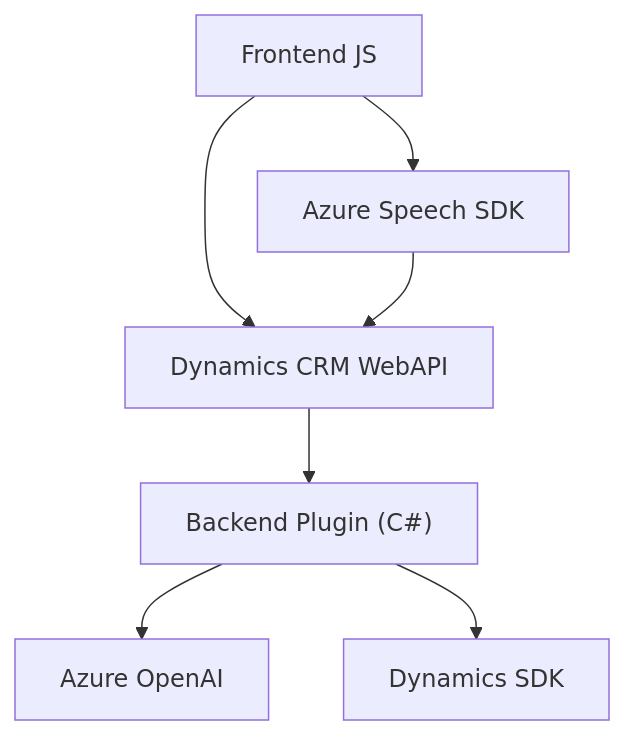
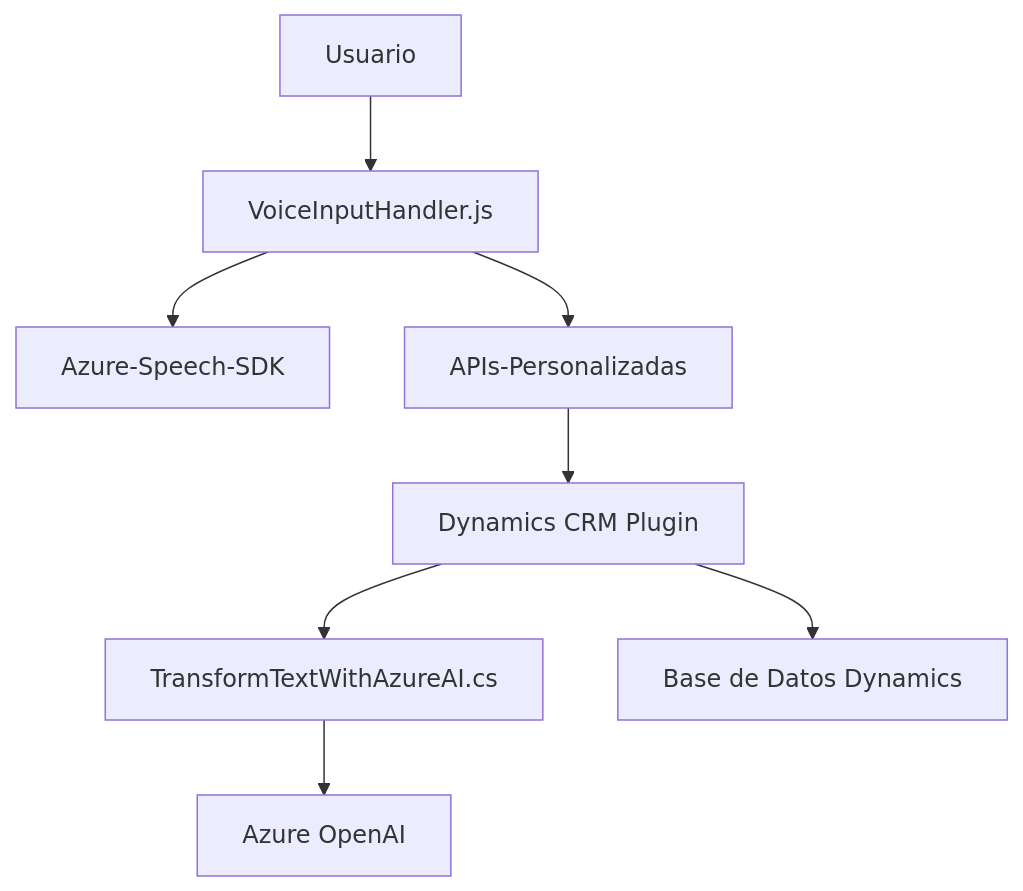
One commit to blopezdm/NETCORE_BILBAO2025 changed the diagram in README.md. Above: the diagram before and after it, drawn with Mermaid. The commit also changed other lines of this file, not shown here.

````diff
--- a/README.md
+++ b/README.md
@@ -30,9 +44,10 @@
 ```mermaid
 graph TD
-    A["Frontend JS"] --> B["Azure Speech SDK"]
-    A --> C["Dynamics CRM WebAPI"]
-    B --> C
-    C --> D["Backend Plugin (C#)"]
-    D --> E["Azure OpenAI"]
-    D --> F["Dynamics SDK"]
+A["Usuario"] --> B["VoiceInputHandler.js"]
+B --> C["Azure-Speech-SDK"]
+B --> D["APIs-Personalizadas"]
+D --> E["Dynamics CRM Plugin"]
+E --> F["TransformTextWithAzureAI.cs"]
+F --> G["Azure OpenAI"]
+E --> H["Base de Datos Dynamics"]
 ```
````
